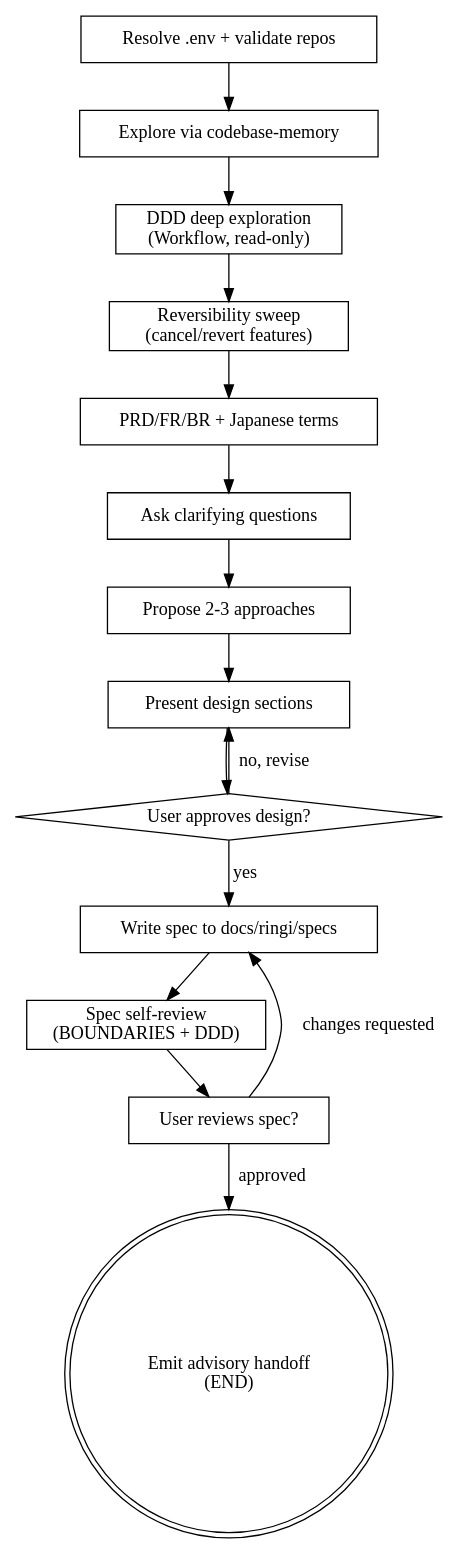
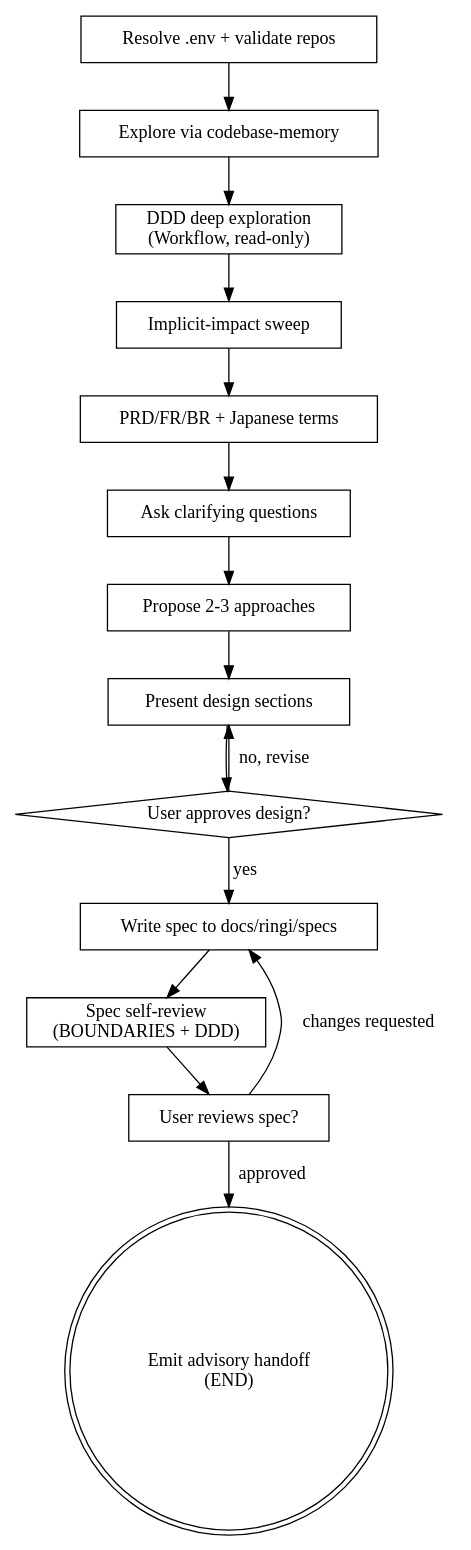
One commit to neuthos/ldx-monorepo changed the diagram in .agents/skills/brainstorming/SKILL.md. Above: the diagram before and after it, drawn with Graphviz. The commit also changed other lines of this file and 1 other file, not shown here.

Commit message:
refactor(brainstorming): generalize reversibility sweep into implicit-impact sweep (any change touching existing aggregates)

````diff
--- a/.agents/skills/brainstorming/SKILL.md
+++ b/.agents/skills/brainstorming/SKILL.md
@@ -74,32 +74,32 @@
 ```dot
 digraph brainstorming {
     "Resolve .env + validate repos" [shape=box];
     "Explore via codebase-memory" [shape=box];
     "DDD deep exploration\n(Workflow, read-only)" [shape=box];
-    "Reversibility sweep\n(cancel/revert features)" [shape=box];
+    "Implicit-impact sweep" [shape=box];
     "PRD/FR/BR + Japanese terms" [shape=box];
     "Ask clarifying questions" [shape=box];
     "Propose 2-3 approaches" [shape=box];
     "Present design sections" [shape=box];
     "User approves design?" [shape=diamond];
     "Write spec to docs/ringi/specs" [shape=box];
     "Spec self-review\n(BOUNDARIES + DDD)" [shape=box];
     "User reviews spec?" [shape=box];
     "Emit advisory handoff\n(END)" [shape=doublecircle];
 
     "Resolve .env + validate repos" -> "Explore via codebase-memory";
     "Explore via codebase-memory" -> "DDD deep exploration\n(Workflow, read-only)";
-    "DDD deep exploration\n(Workflow, read-only)" -> "Reversibility sweep\n(cancel/revert features)";
-    "Reversibility sweep\n(cancel/revert features)" -> "PRD/FR/BR + Japanese terms";
+    "DDD deep exploration\n(Workflow, read-only)" -> "Implicit-impact sweep";
+    "Implicit-impact sweep" -> "PRD/FR/BR + Japanese terms";
     "PRD/FR/BR + Japanese terms" -> "Ask clarifying questions";
     "Ask clarifying questions" -> "Propose 2-3 approaches";
     "Propose 2-3 approaches" -> "Present design sections";
     "Present design sections" -> "User approves design?";
     "User approves design?" -> "Present design sections" [label="no, revise"];
     "User approves design?" -> "Write spec to docs/ringi/specs" [label="yes"];
     "Write spec to docs/ringi/specs" -> "Spec self-review\n(BOUNDARIES + DDD)";
     "Spec self-review\n(BOUNDARIES + DDD)" -> "User reviews spec?";
     "User reviews spec?" -> "Write spec to docs/ringi/specs" [label="changes requested"];
     "User reviews spec?" -> "Emit advisory handoff\n(END)" [label="approved"];
 }
 ```
````
